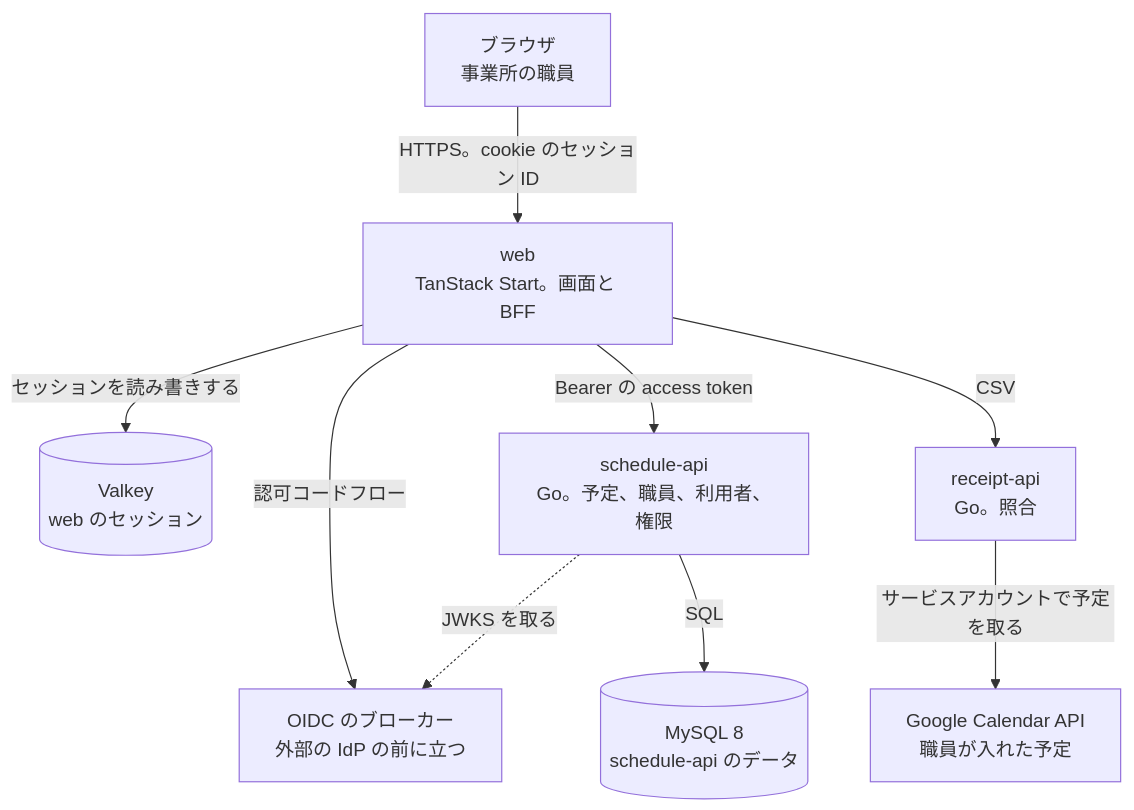
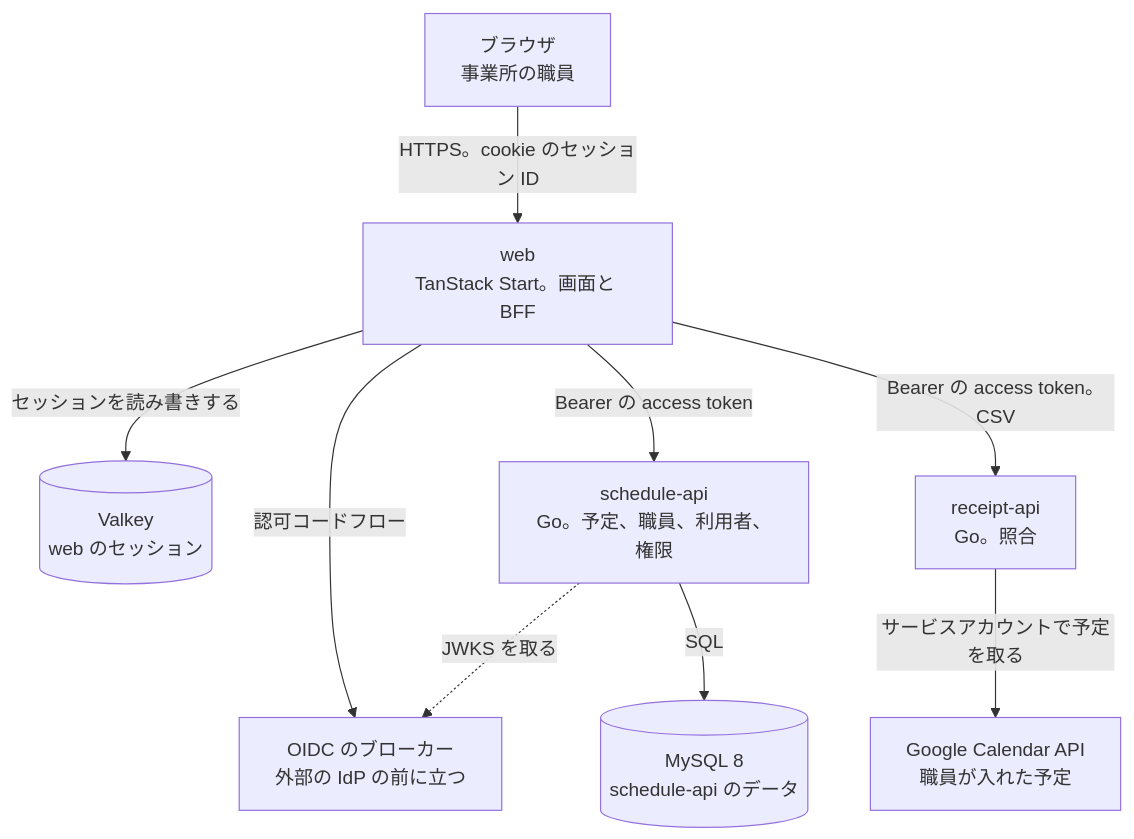
The diagram in docs/design/DesignDoc.md (Fukuemon/buddy), drawn with Mermaid before and after one commit. The commit also changed other lines of this file and 3 other files, not shown here.

````diff
--- a/docs/design/DesignDoc.md
+++ b/docs/design/DesignDoc.md
@@ -46,20 +46,20 @@
 ```mermaid
 flowchart TB
   browser["ブラウザ<br/>事業所の職員"]
   web["web<br/>TanStack Start。画面と BFF"]
   valkey[("Valkey<br/>web のセッション")]
   broker["OIDC のブローカー<br/>外部の IdP の前に立つ"]
   schedule["schedule-api<br/>Go。予定、職員、利用者、権限"]
   receipt["receipt-api<br/>Go。照合"]
   mysql[("MySQL 8<br/>schedule-api のデータ")]
   gcal["Google Calendar API<br/>職員が入れた予定"]
 
   browser -- "HTTPS。cookie のセッション ID" --> web
   web -- "認可コードフロー" --> broker
   web -- "セッションを読み書きする" --> valkey
   web -- "Bearer の access token" --> schedule
-  web -- "CSV" --> receipt
+  web -- "Bearer の access token。CSV" --> receipt
   receipt -- "サービスアカウントで予定を取る" --> gcal
   schedule -- "SQL" --> mysql
   schedule -. "JWKS を取る" .-> broker
 ```
````
